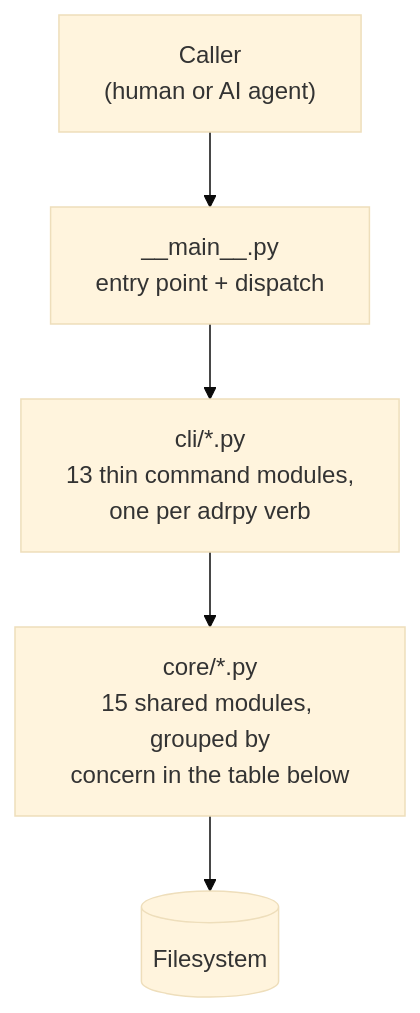
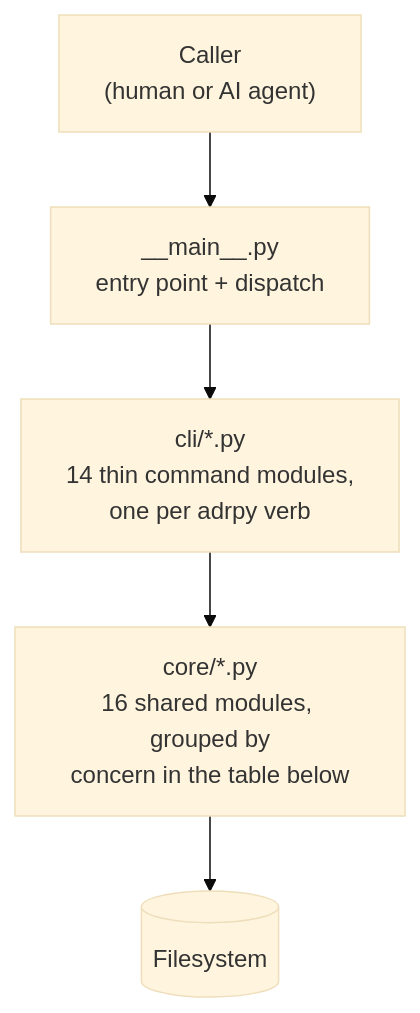
The first of 5 diagrams in doc/architecture.md (FRACerqueira/adrpy-ai), drawn with Mermaid (base theme) before and after one commit. The commit also changed other lines of this file and 12 other files, not shown here.

````diff
--- a/doc/architecture.md
+++ b/doc/architecture.md
@@ -49,7 +49,7 @@
 ```mermaid
 graph TD
     CALLER["Caller<br/>(human or AI agent)"] --> MAIN
     MAIN["__main__.py<br/>entry point + dispatch"] --> CLI
-    CLI["cli/*.py<br/>13 thin command modules,<br/>one per adrpy verb"] --> CORE
-    CORE["core/*.py<br/>15 shared modules, grouped by<br/>concern in the table below"] --> FS[("Filesystem")]
+    CLI["cli/*.py<br/>14 thin command modules,<br/>one per adrpy verb"] --> CORE
+    CORE["core/*.py<br/>16 shared modules, grouped by<br/>concern in the table below"] --> FS[("Filesystem")]
 ```
````
